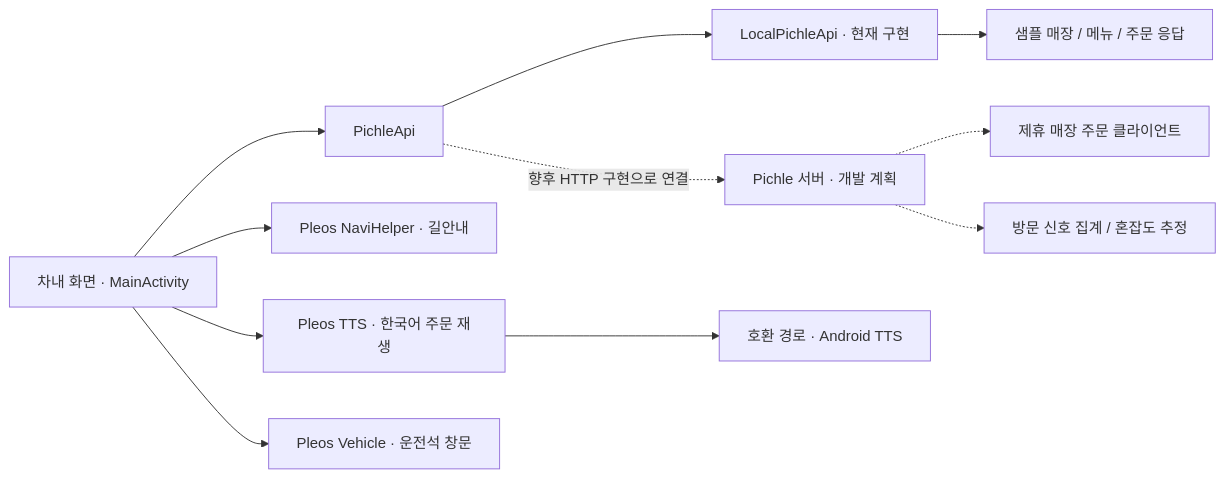
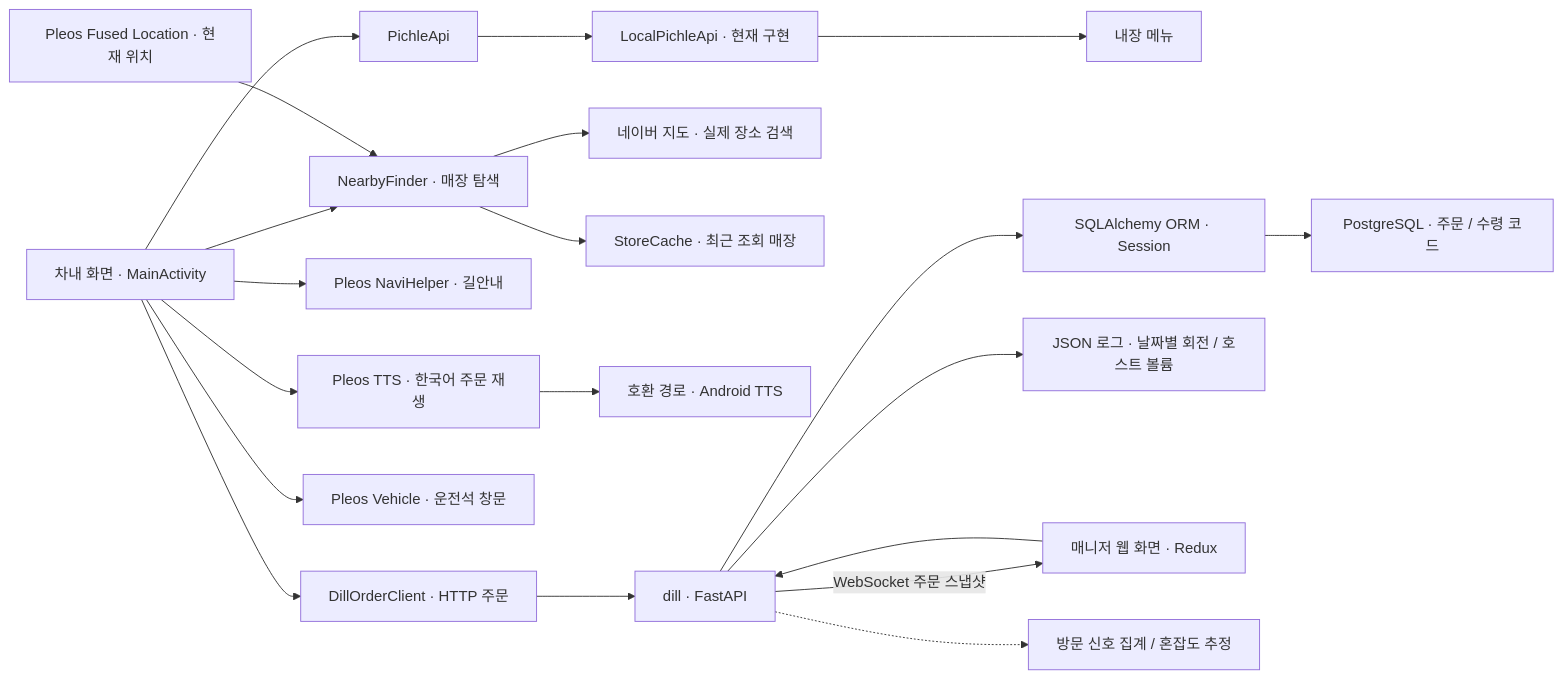
The diagram in README.md (miho73/pichle), drawn with Mermaid before and after one commit. The commit also changed other lines of this file and 45 other files, not shown here.

````diff
--- a/README.md
+++ b/README.md
@@ -69,13 +87,22 @@
 ```mermaid
 flowchart LR
     UI["차내 화면 · MainActivity"] --> API["PichleApi"]
     API --> LOCAL["LocalPichleApi · 현재 구현"]
-    LOCAL --> DATA["샘플 매장 / 메뉴 / 주문 응답"]
+    LOCAL --> DATA["내장 메뉴"]
+    UI --> NEARBY["NearbyFinder · 매장 탐색"]
+    LOCATION["Pleos Fused Location · 현재 위치"] --> NEARBY
+    NEARBY --> PLACES["네이버 지도 · 실제 장소 검색"]
+    NEARBY --> CACHE["StoreCache · 최근 조회 매장"]
     UI --> NAV["Pleos NaviHelper · 길안내"]
     UI --> TTS["Pleos TTS · 한국어 주문 재생"]
     TTS --> FALLBACK["호환 경로 · Android TTS"]
     UI --> WINDOW["Pleos Vehicle · 운전석 창문"]
-    API -. "향후 HTTP 구현으로 연결" .-> SERVER["Pichle 서버 · 개발 계획"]
-    SERVER -.-> PARTNER["제휴 매장 주문 클라이언트"]
+    UI --> HTTP["DillOrderClient · HTTP 주문"]
+    HTTP --> SERVER["dill · FastAPI"]
+    SERVER --> ORM["SQLAlchemy ORM · Session"]
+    ORM --> DATABASE["PostgreSQL · 주문 / 수령 코드"]
+    SERVER --> LOGS["JSON 로그 · 날짜별 회전 / 호스트 볼륨"]
+    MANAGER["매니저 웹 화면 · Redux"] --> SERVER
+    SERVER -- "WebSocket 주문 스냅샷" --> MANAGER
     SERVER -.-> ESTIMATE["방문 신호 집계 / 혼잡도 추정"]
 ```
````
